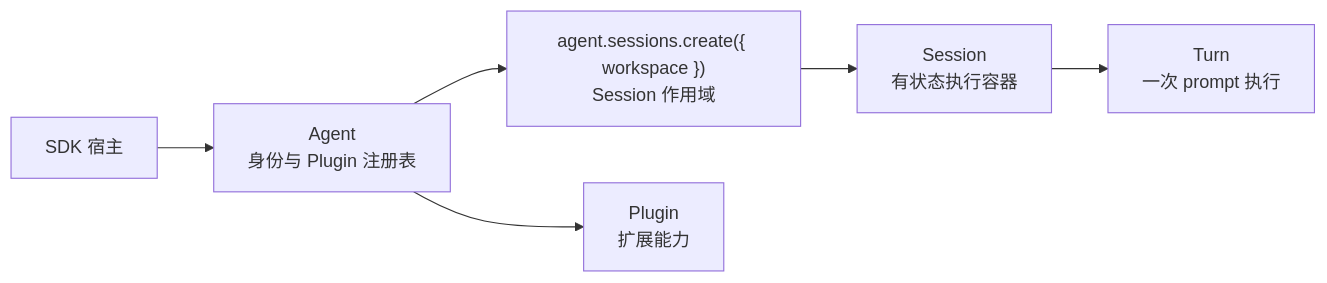
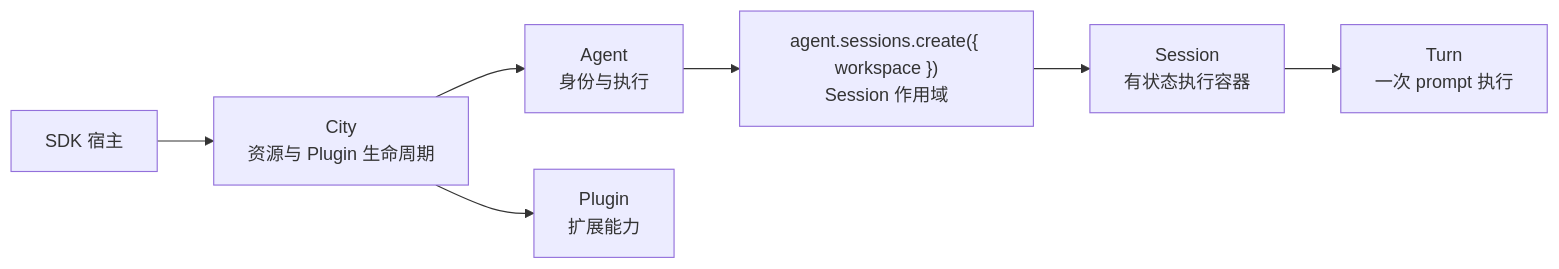
Before and after one commit to genesiscosmos/downcity: the diagram in homepage/content/agent-sdk-docs/zh/index.mdx, drawn with Mermaid. The commit also changed other lines of this file and 589 other files, not shown here.

Commit message:
refactor(city): own plugin and workspace runtimes

````diff
--- a/homepage/content/agent-sdk-docs/zh/index.mdx
+++ b/homepage/content/agent-sdk-docs/zh/index.mdx
@@ -12,8 +14,9 @@
 ```mermaid
 flowchart LR
-    Host["SDK 宿主"] --> Agent["Agent<br/>身份与 Plugin 注册表"]
+    Host["SDK 宿主"] --> City["City<br/>资源与 Plugin 生命周期"]
+    City --> Agent["Agent<br/>身份与执行"]
     Agent --> Workspace["agent.sessions.create({ workspace })<br/>Session 作用域"]
     Workspace --> Session["Session<br/>有状态执行容器"]
     Session --> Turn["Turn<br/>一次 prompt 执行"]
-    Agent --> Plugin["Plugin<br/>扩展能力"]
+    City --> Plugin["Plugin<br/>扩展能力"]
 ```
````
